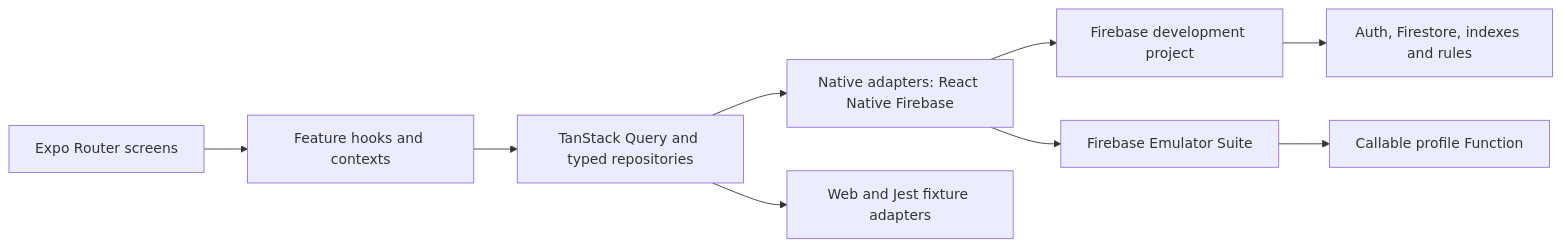
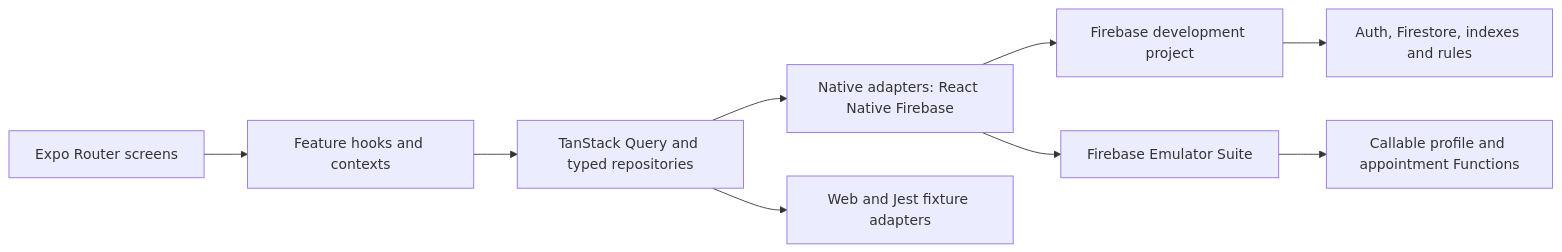
The diagram in README.md (naderalfakesh/Hakeemi), drawn with Mermaid before and after one commit. The commit also changed other lines of this file and 3 other files, not shown here.

````diff
--- a/README.md
+++ b/README.md
@@ -56,11 +62,11 @@
 ```mermaid
 flowchart LR
     Routes["Expo Router screens"] --> Features["Feature hooks and contexts"]
     Features --> Query["TanStack Query and typed repositories"]
     Query --> Native["Native adapters: React Native Firebase"]
     Query --> Portable["Web and Jest fixture adapters"]
     Native --> Cloud["Firebase development project"]
     Native --> Emulator["Firebase Emulator Suite"]
     Cloud --> Data["Auth, Firestore, indexes and rules"]
-    Emulator --> Functions["Callable profile Function"]
+    Emulator --> Functions["Callable profile and appointment Functions"]
 ```
````
